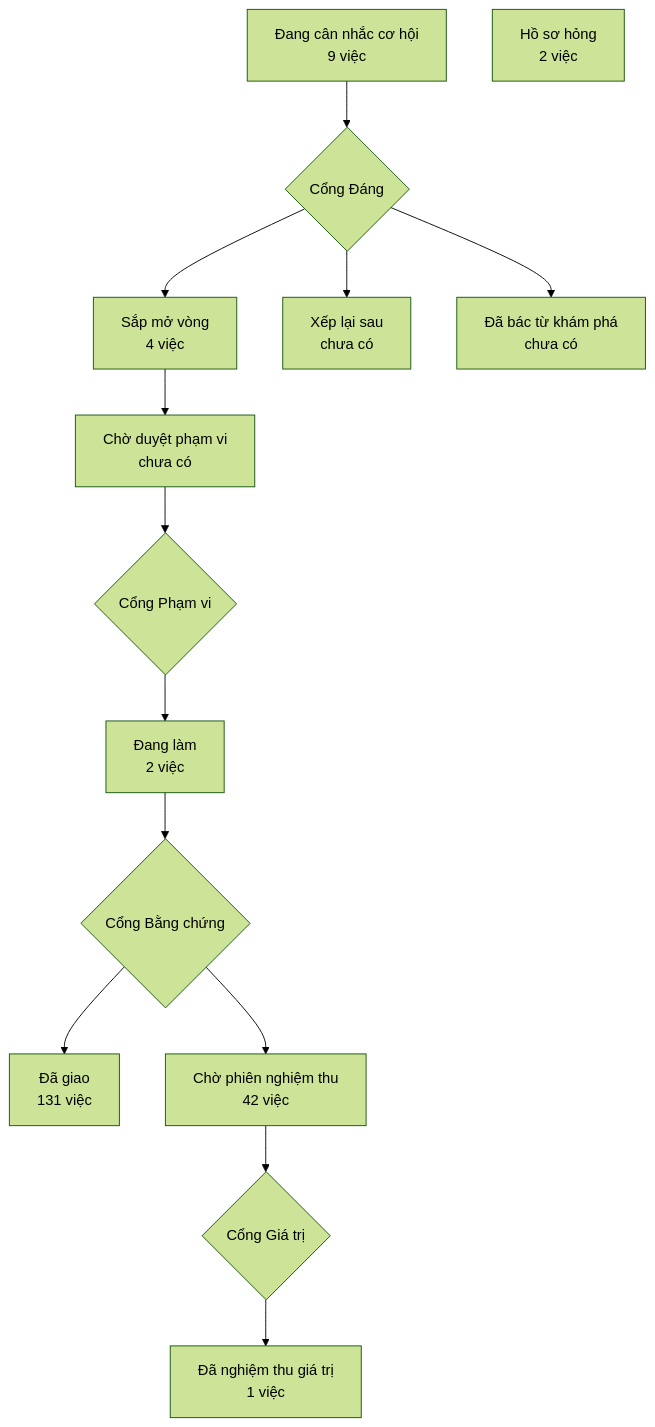
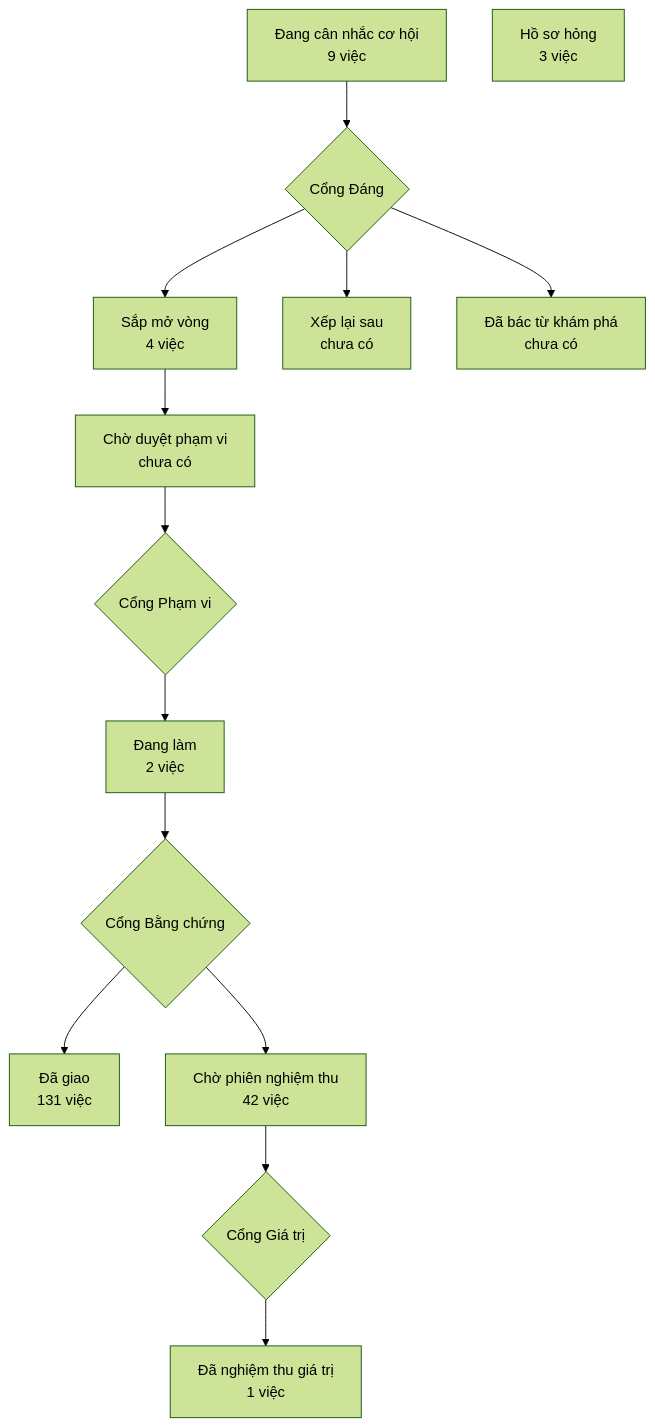
The diagram in PRODUCT-MAP.md (phanlemanh/crm-onehub), drawn with Mermaid (forest theme) before and after one commit. The commit also changed other lines of this file and 3 other files, not shown here.

````diff
--- a/PRODUCT-MAP.md
+++ b/PRODUCT-MAP.md
@@ -7,13 +7,13 @@
 ```mermaid
 flowchart TD
   A["Đang cân nhắc cơ hội<br/>9 việc"] --> GD{"Cổng Đáng"}
   GD --> B["Sắp mở vòng<br/>4 việc"]
   GD --> XL["Xếp lại sau<br/>chưa có"]
   GD --> DB["Đã bác từ khám phá<br/>chưa có"]
   B --> CD["Chờ duyệt phạm vi<br/>chưa có"] --> GP{"Cổng Phạm vi"}
   GP --> DL["Đang làm<br/>2 việc"] --> GB{"Cổng Bằng chứng"}
   GB --> DG["Đã giao<br/>131 việc"]
   GB --> CN["Chờ phiên nghiệm thu<br/>42 việc"] --> GG{"Cổng Giá trị"}
   GG --> NT["Đã nghiệm thu giá trị<br/>1 việc"]
-  HS["Hồ sơ hỏng<br/>2 việc"]
+  HS["Hồ sơ hỏng<br/>3 việc"]
 ```
````
